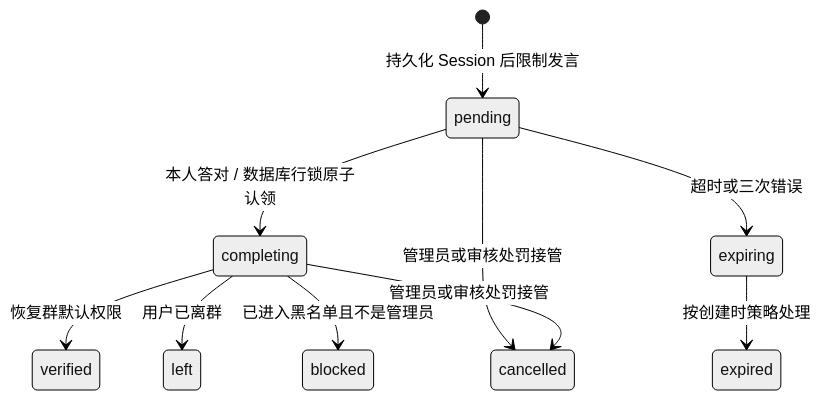
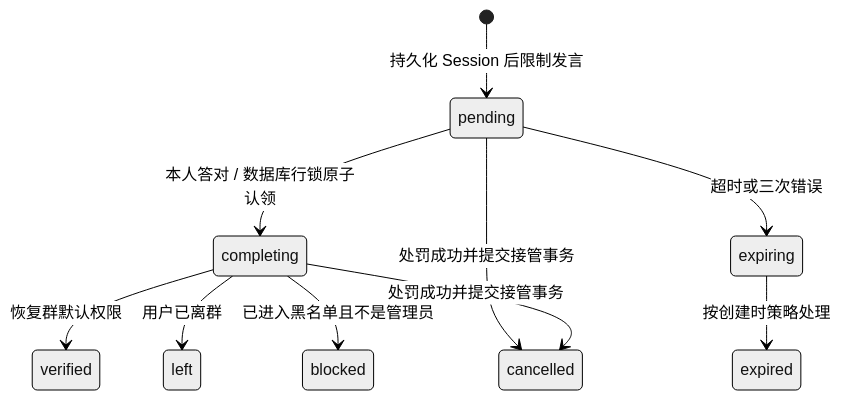
The second of 2 diagrams in docs/architecture.md (anlo7676/TG-Guard-Bot), drawn with Mermaid (neutral theme) before and after one commit. The commit also changed other lines of this file and 64 other files, not shown here.

````diff
--- a/docs/architecture.md
+++ b/docs/architecture.md
@@ -44,12 +44,12 @@
 ```mermaid
 stateDiagram-v2
   [*] --> pending: 持久化 Session 后限制发言
   pending --> completing: 本人答对 / 数据库行锁原子认领
   pending --> expiring: 超时或三次错误
   completing --> verified: 恢复群默认权限
   completing --> left: 用户已离群
   completing --> blocked: 已进入黑名单且不是管理员
   expiring --> expired: 按创建时策略处理
-  pending --> cancelled: 管理员或审核处罚接管
-  completing --> cancelled: 管理员或审核处罚接管
+  pending --> cancelled: 处罚成功并提交接管事务
+  completing --> cancelled: 处罚成功并提交接管事务
 ```
````
